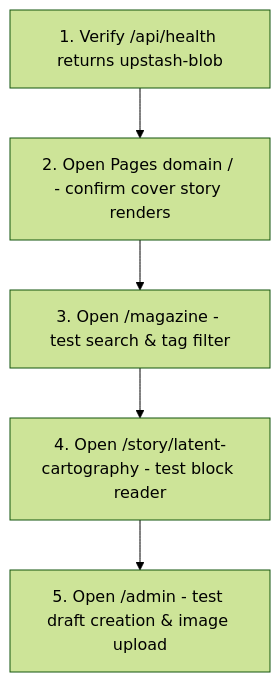
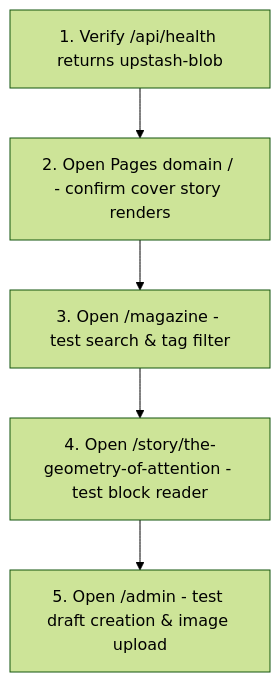
Before and after one commit to AmritSDutta/kalidass: the second of 2 diagrams in docs/deployment.mdx, drawn with Mermaid (forest theme). The commit also changed other lines of this file and 31 other files, not shown here.

````diff
--- a/docs/deployment.mdx
+++ b/docs/deployment.mdx
@@ -203,12 +203,12 @@
 ```mermaid
 flowchart TD
   CheckHealth["1. Verify /api/health returns upstash-blob"]
   CheckHome["2. Open Pages domain / - confirm cover story renders"]
   CheckMag["3. Open /magazine - test search & tag filter"]
-  CheckStory["4. Open /story/latent-cartography - test block reader"]
+  CheckStory["4. Open /story/the-geometry-of-attention - test block reader"]
   CheckStudio["5. Open /admin - test draft creation & image upload"]
   CheckHealth --> CheckHome
   CheckHome --> CheckMag
   CheckMag --> CheckStory
   CheckStory --> CheckStudio
 ```
````
